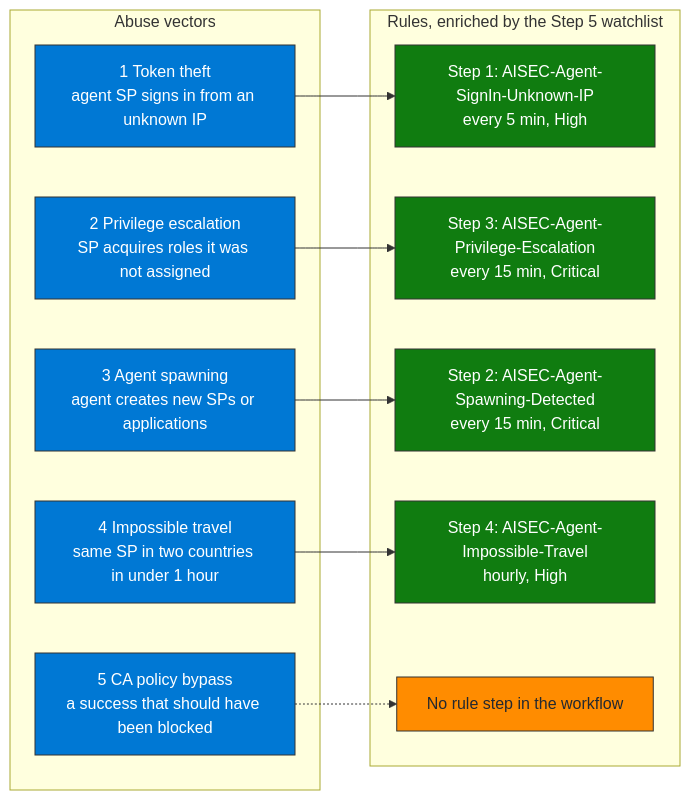
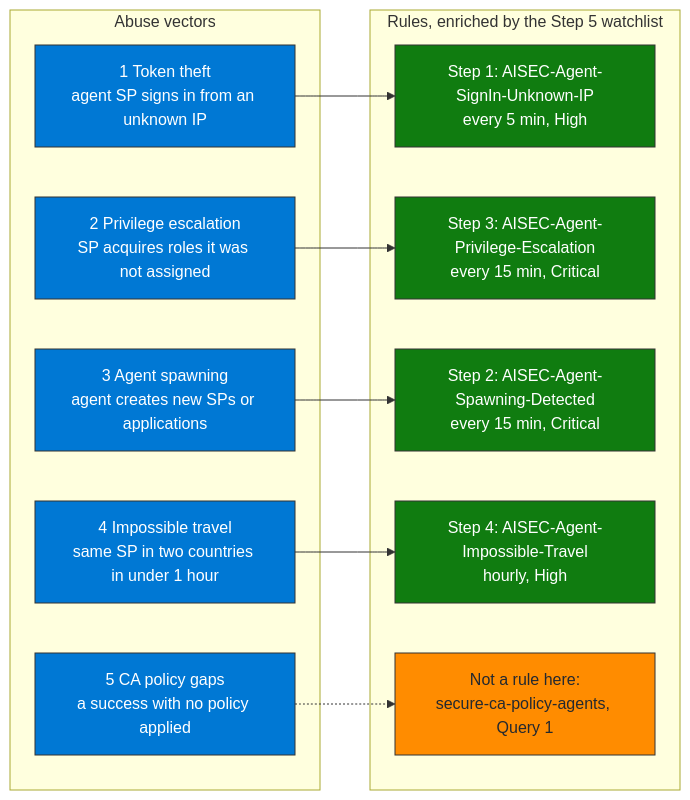
The diagram in skills/detect/detect-agent-identity-abuse/SKILL.md (jcastanedacano/agent-zero), drawn with Mermaid before and after one commit. The commit also changed other lines of this file and 1 other file, not shown here.

First line of the commit message:
Remove the CA bypass query from detect-agent-identity-abuse

````diff
--- a/skills/detect/detect-agent-identity-abuse/SKILL.md
+++ b/skills/detect/detect-agent-identity-abuse/SKILL.md
@@ -35,30 +35,30 @@
 ```mermaid
 flowchart LR
     subgraph VEC["Abuse vectors"]
         V1["1 Token theft<br/>agent SP signs in from an unknown IP"]
         V2["2 Privilege escalation<br/>SP acquires roles it was not assigned"]
         V3["3 Agent spawning<br/>agent creates new SPs or applications"]
         V4["4 Impossible travel<br/>same SP in two countries in under 1 hour"]
-        V5["5 CA policy bypass<br/>a success that should have been blocked"]
+        V5["5 CA policy gaps<br/>a success with no policy applied"]
     end
     subgraph RUL["Rules, enriched by the Step 5 watchlist"]
         R1["Step 1: AISEC-Agent-SignIn-Unknown-IP<br/>every 5 min, High"]
         R3["Step 3: AISEC-Agent-Privilege-Escalation<br/>every 15 min, Critical"]
         R2["Step 2: AISEC-Agent-Spawning-Detected<br/>every 15 min, Critical"]
         R4["Step 4: AISEC-Agent-Impossible-Travel<br/>hourly, High"]
-        NR["No rule step in the workflow"]
+        NR["Not a rule here:<br/>secure-ca-policy-agents, Query 1"]
     end
     V1 --> R1
     V2 --> R3
     V3 --> R2
     V4 --> R4
     V5 -.-> NR
 
     classDef blue fill:#0078D4,stroke:#333,color:#fff
     classDef purple fill:#5E2750,stroke:#333,color:#fff
     classDef green fill:#107C10,stroke:#333,color:#fff
     classDef orange fill:#FF8C00,stroke:#333,color:#24292f
     class V1,V2,V3,V4,V5 blue
     class R1,R2,R3,R4 green
     class NR orange
 ```
````
